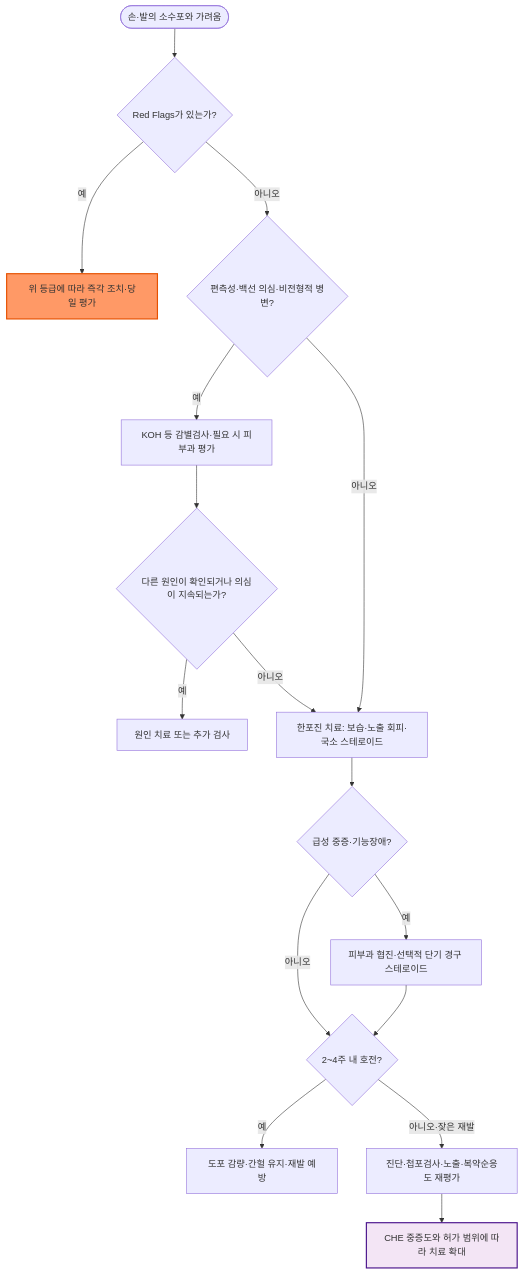
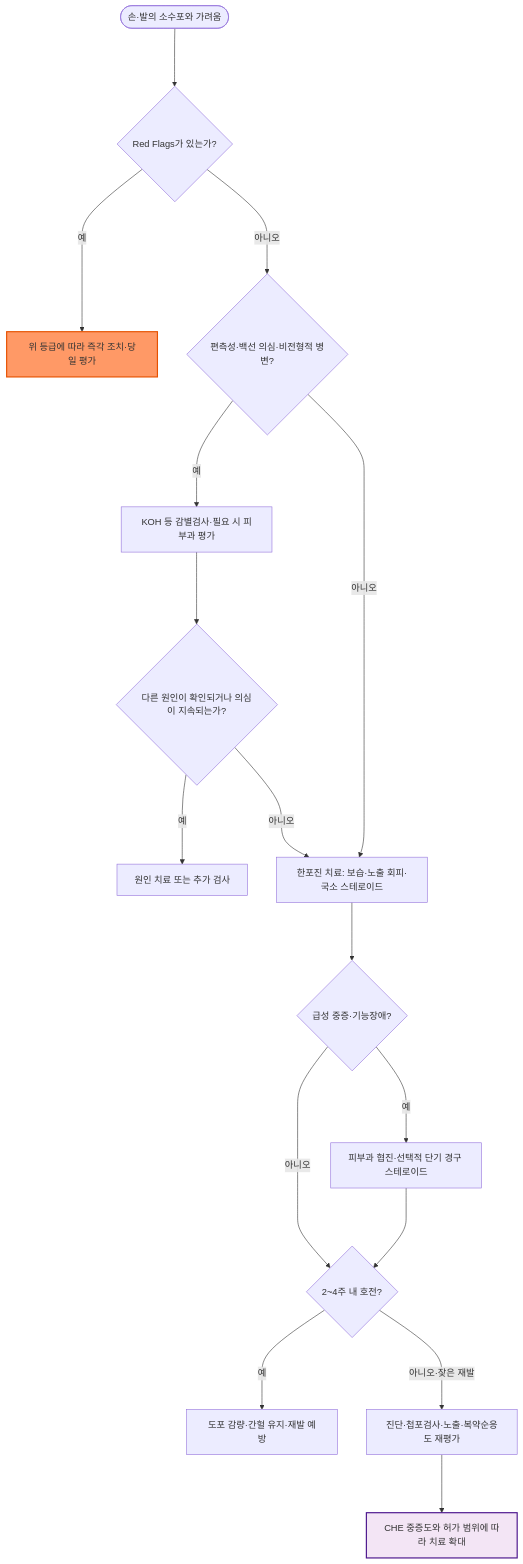
One commit to familyoh77/familyoh77 changed the diagram in 229_/160_-dyshidrosis.md. Above: the diagram before and after it, drawn with Mermaid. The commit also changed other lines of this file and 16 other files, not shown here.

````diff
--- a/229_/160_-dyshidrosis.md
+++ b/229_/160_-dyshidrosis.md
@@ -86,20 +90,20 @@
 ```mermaid
 graph TD
-    A(["손·발의 소수포와 가려움"]) --> B{"Red Flags가 있는가?"}
-    B -- "예" --> R["위 등급에 따라 즉각 조치·당일 평가"]
-    B -- "아니오" --> C{"편측성·백선 의심·비전형적 병변?"}
-    C -- "예" --> D["KOH 등 감별검사·필요 시 피부과 평가"]
-    D --> E{"다른 원인이 확인되거나 의심이 지속되는가?"}
-    E -- "예" --> X["원인 치료 또는 추가 검사"]
-    E -- "아니오" --> F["한포진 치료: 보습·노출 회피·국소 스테로이드"]
-    C -- "아니오" --> F
-    F --> G{"급성 중증·기능장애?"}
-    G -- "예" --> H["피부과 협진·선택적 단기 경구 스테로이드"]
-    G -- "아니오" --> I{"2~4주 내 호전?"}
-    H --> I
-    I -- "예" --> J["도포 감량·간헐 유지·재발 예방"]
-    I -- "아니오·잦은 재발" --> K["진단·첩포검사·노출·복약순응도 재평가"]
-    K --> L["CHE 중증도와 허가 범위에 따라 치료 확대"]
+    A(["손·발의 소수포와 가려움"]) ---> B{"Red Flags가 있는가?"}
+    B -- "예" ---> R["위 등급에 따라 즉각 조치·당일 평가"]
+    B -- "아니오" ---> C{"편측성·백선 의심·비전형적 병변?"}
+    C -- "예" ---> D["KOH 등 감별검사·필요 시 피부과 평가"]
+    D ---> E{"다른 원인이 확인되거나 의심이 지속되는가?"}
+    E -- "예" ---> X["원인 치료 또는 추가 검사"]
+    E -- "아니오" ---> F["한포진 치료: 보습·노출 회피·국소 스테로이드"]
+    C -- "아니오" ---> F
+    F ---> G{"급성 중증·기능장애?"}
+    G -- "예" ---> H["피부과 협진·선택적 단기 경구 스테로이드"]
+    G -- "아니오" ---> I{"2~4주 내 호전?"}
+    H ---> I
+    I -- "예" ---> J["도포 감량·간헐 유지·재발 예방"]
+    I -- "아니오·잦은 재발" ---> K["진단·첩포검사·노출·복약순응도 재평가"]
+    K ---> L["CHE 중증도와 허가 범위에 따라 치료 확대"]
     style R fill:#f96,stroke:#e65100,stroke-width:2px
     style L fill:#f3e5f5,stroke:#4a148c,stroke-width:2px
 ```
````
